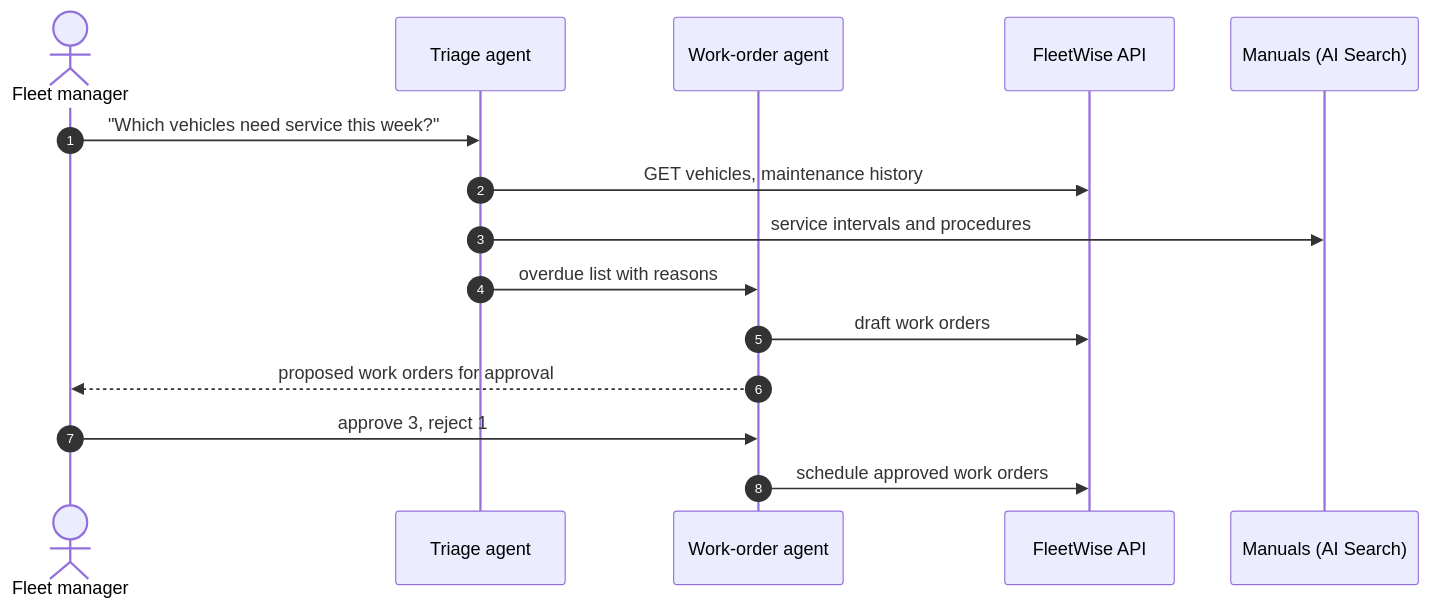
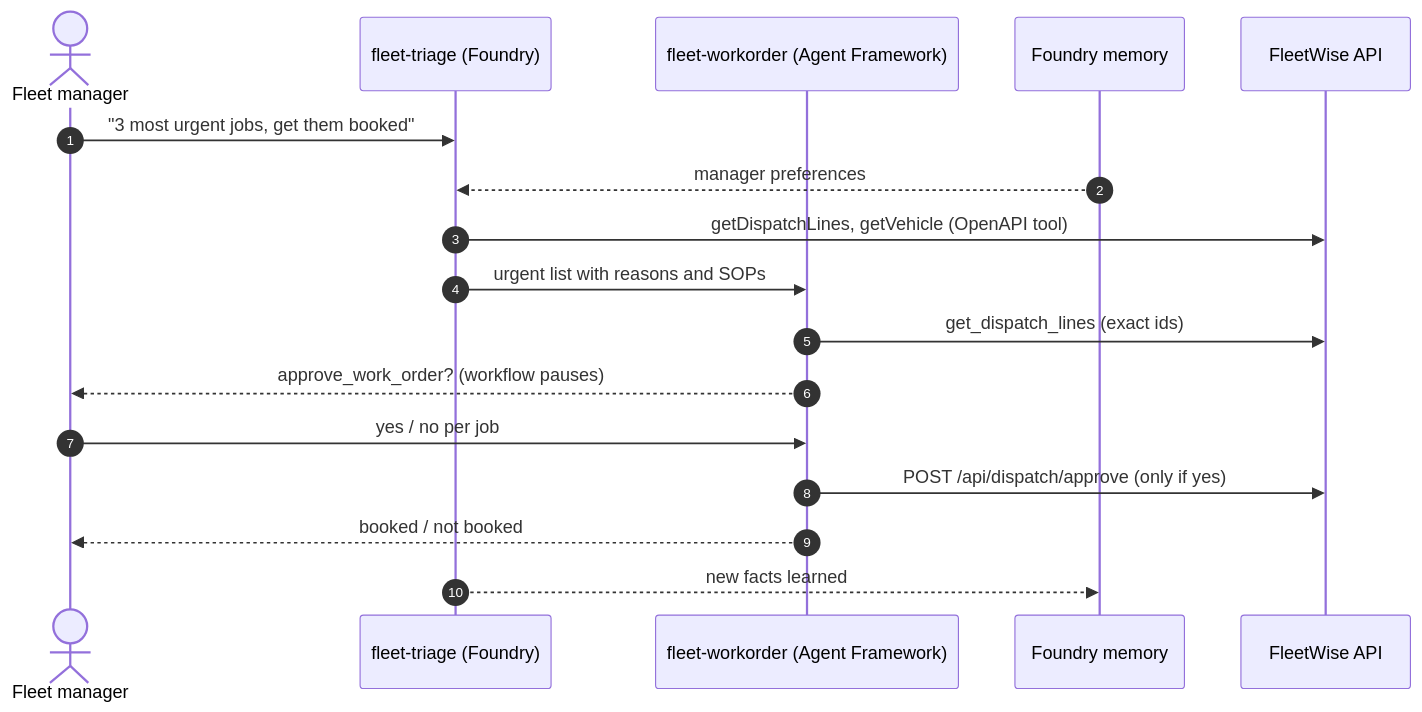
Before and after one commit to hkaanturgut/foundry-fleetwise-agents: the second of 3 diagrams in README.md, drawn with Mermaid. The commit also changed other lines of this file and 13 other files, not shown here.

First line of the commit message:
Agent Framework workflow with Foundry memory, HITL tools, and a two-layer eval gate

````diff
--- a/README.md
+++ b/README.md
@@ -50,17 +67,19 @@
 ```mermaid
 sequenceDiagram
     autonumber
     actor Mgr as Fleet manager
-    participant Tri as Triage agent
-    participant WO as Work-order agent
+    participant Tri as fleet-triage (Foundry)
+    participant WO as fleet-workorder (Agent Framework)
+    participant Mem as Foundry memory
     participant API as FleetWise API
-    participant KB as Manuals (AI Search)
-    Mgr->>Tri: "Which vehicles need service this week?"
-    Tri->>API: GET vehicles, maintenance history
-    Tri->>KB: service intervals and procedures
-    Tri->>WO: overdue list with reasons
-    WO->>API: draft work orders
-    WO-->>Mgr: proposed work orders for approval
-    Mgr->>WO: approve 3, reject 1
-    WO->>API: schedule approved work orders
+    Mgr->>Tri: "3 most urgent jobs, get them booked"
+    Mem-->>Tri: manager preferences
+    Tri->>API: getDispatchLines, getVehicle (OpenAPI tool)
+    Tri->>WO: urgent list with reasons and SOPs
+    WO->>API: get_dispatch_lines (exact ids)
+    WO-->>Mgr: approve_work_order? (workflow pauses)
+    Mgr->>WO: yes / no per job
+    WO->>API: POST /api/dispatch/approve (only if yes)
+    WO-->>Mgr: booked / not booked
+    Tri-->>Mem: new facts learned
 ```
````
